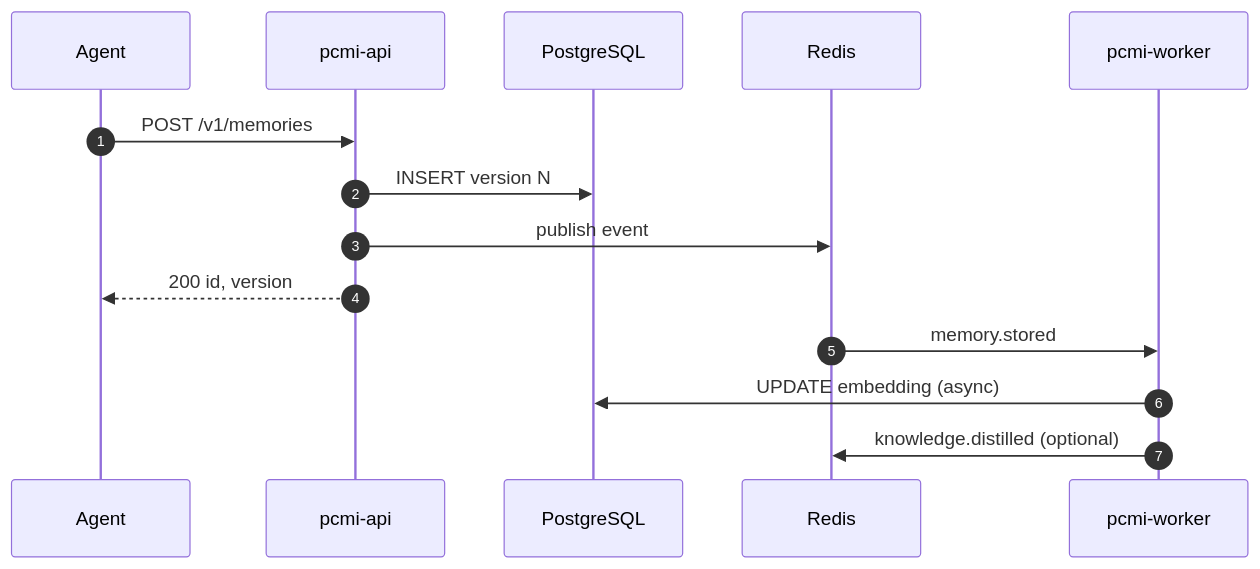
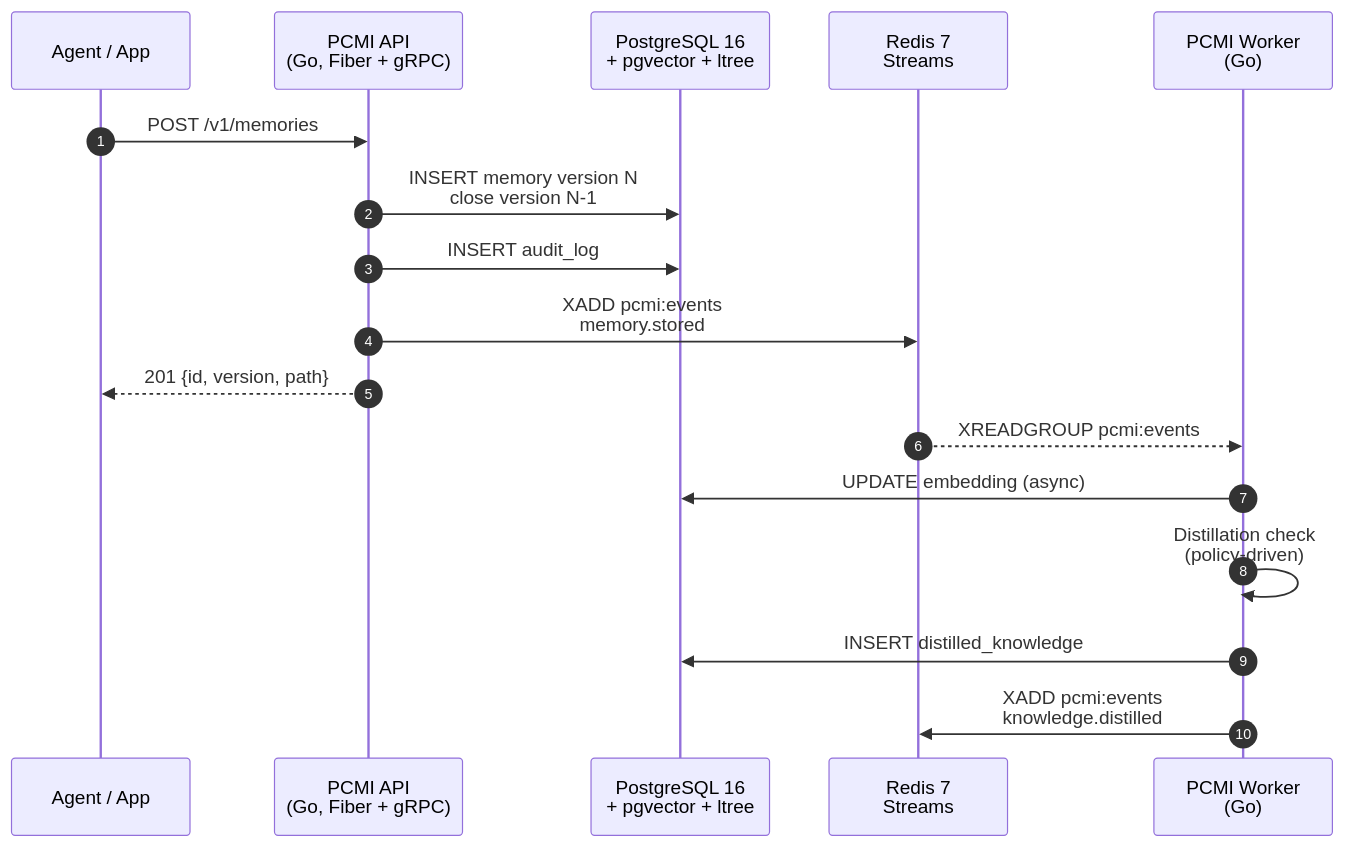
One commit to marco-spagn/pcmi changed the second of 2 diagrams in README.md. Above: the diagram before and after it, drawn with Mermaid. The commit also changed other lines of this file, not shown here.

````diff
--- a/README.md
+++ b/README.md
@@ -237,16 +222,21 @@
 ```mermaid
 sequenceDiagram
   autonumber
-  participant A as Agent
-  participant API as pcmi-api
-  participant PG as PostgreSQL
-  participant R as Redis
-  participant W as pcmi-worker
+  participant A as Agent / App
+  participant API as PCMI API<br/>(Go, Fiber + gRPC)
+  participant PG as PostgreSQL 16<br/>+ pgvector + ltree
+  participant R as Redis 7<br/>Streams
+  participant W as PCMI Worker<br/>(Go)
+
   A->>API: POST /v1/memories
-  API->>PG: INSERT version N
-  API->>R: publish event
-  API-->>A: 200 id, version
-  R->>W: memory.stored
+  API->>PG: INSERT memory version N<br/>close version N-1
+  API->>PG: INSERT audit_log
+  API->>R: XADD pcmi:events<br/>memory.stored
+  API-->>A: 201 {id, version, path}
+
+  R-->>W: XREADGROUP pcmi:events
   W->>PG: UPDATE embedding (async)
-  W->>R: knowledge.distilled (optional)
+  W->>W: Distillation check<br/>(policy-driven)
+  W->>PG: INSERT distilled_knowledge
+  W->>R: XADD pcmi:events<br/>knowledge.distilled
 ```
````
